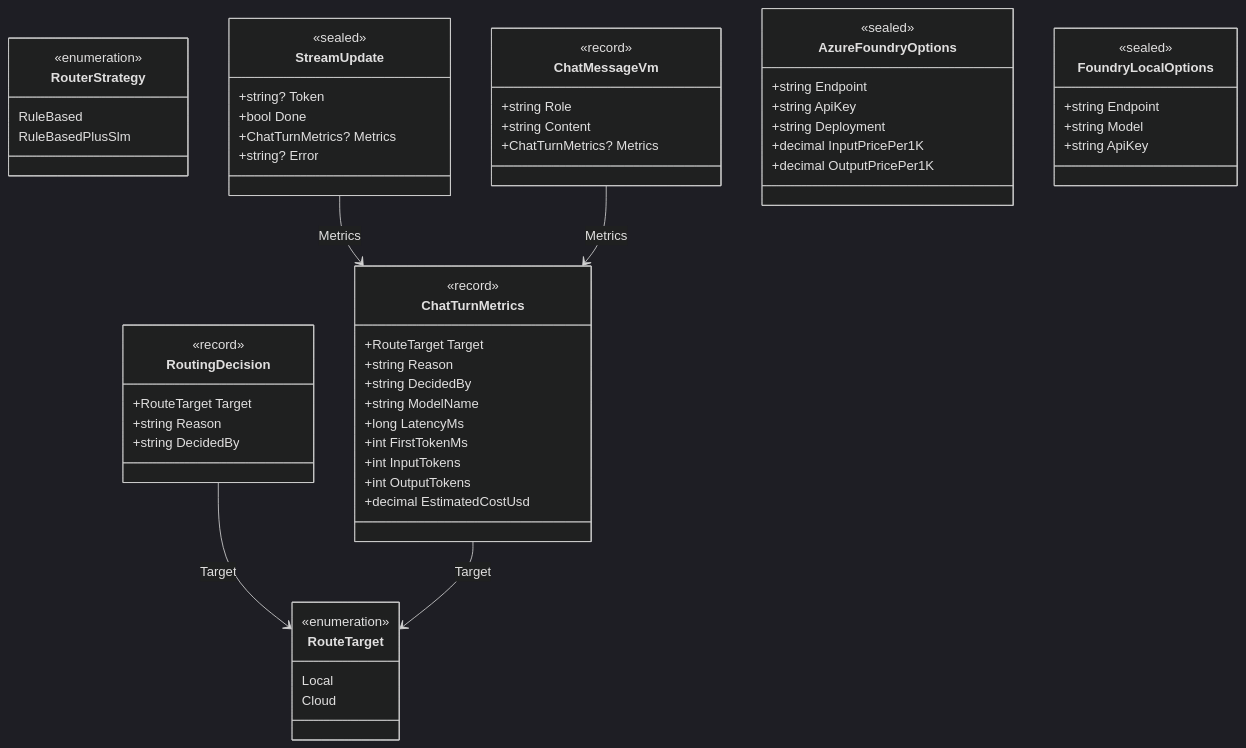
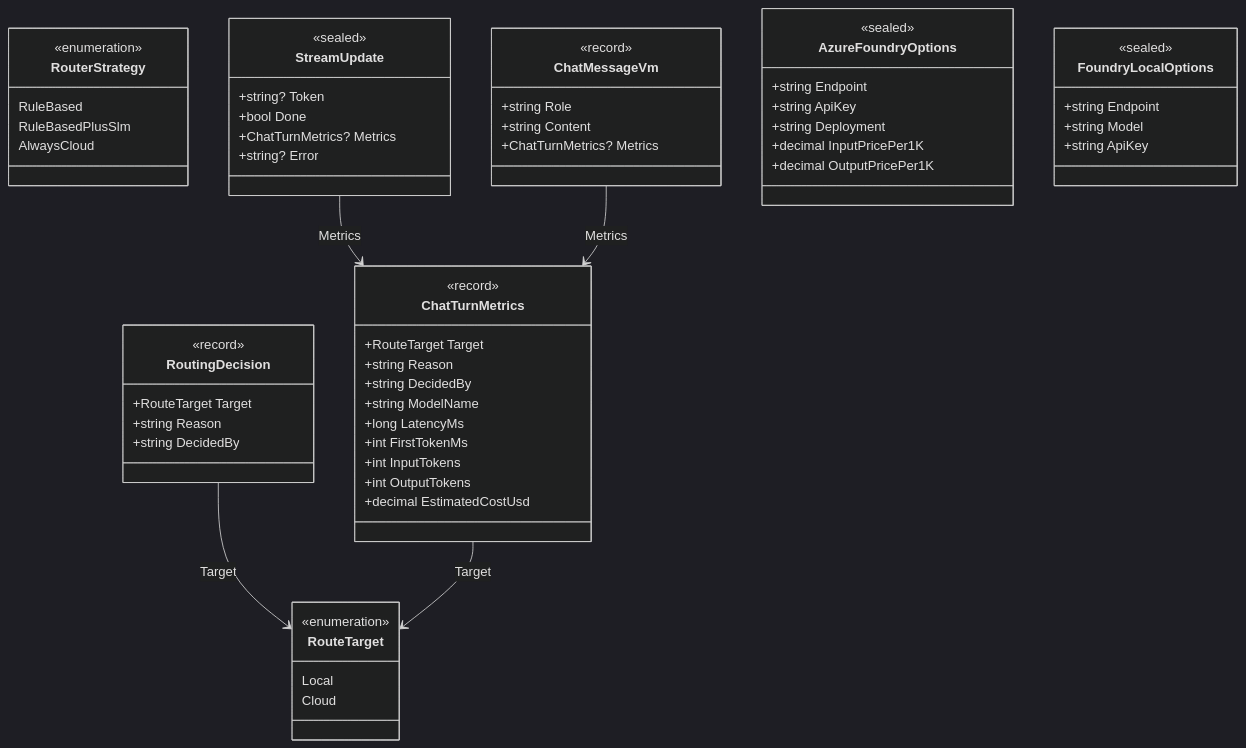
The second of 3 diagrams in src/HybridPingPong.Core/README.md (dpcons/HybridPingPong), drawn with Mermaid (dark theme) before and after one commit. The commit also changed other lines of this file and 4 other files, not shown here.

Commit message:
feat: add AlwaysCloud routing strategy and corresponding router implementation

````diff
--- a/src/HybridPingPong.Core/README.md
+++ b/src/HybridPingPong.Core/README.md
@@ -64,70 +70,71 @@
 ```mermaid
 classDiagram
     class RouteTarget {
         <<enumeration>>
         Local
         Cloud
     }
 
     class RouterStrategy {
         <<enumeration>>
         RuleBased
         RuleBasedPlusSlm
+        AlwaysCloud
     }
 
     class RoutingDecision {
         <<record>>
         +RouteTarget Target
         +string Reason
         +string DecidedBy
     }
 
     class ChatTurnMetrics {
         <<record>>
         +RouteTarget Target
         +string Reason
         +string DecidedBy
         +string ModelName
         +long LatencyMs
         +int FirstTokenMs
         +int InputTokens
         +int OutputTokens
         +decimal EstimatedCostUsd
     }
 
     class StreamUpdate {
         <<sealed>>
         +string? Token
         +bool Done
         +ChatTurnMetrics? Metrics
         +string? Error
     }
 
     class ChatMessageVm {
         <<record>>
         +string Role
         +string Content
         +ChatTurnMetrics? Metrics
     }
 
     class AzureFoundryOptions {
         <<sealed>>
         +string Endpoint
         +string ApiKey
         +string Deployment
         +decimal InputPricePer1K
         +decimal OutputPricePer1K
     }
 
     class FoundryLocalOptions {
         <<sealed>>
         +string Endpoint
         +string Model
         +string ApiKey
     }
 
     RoutingDecision --> RouteTarget : Target
     ChatTurnMetrics --> RouteTarget : Target
     StreamUpdate --> ChatTurnMetrics : Metrics
     ChatMessageVm --> ChatTurnMetrics : Metrics
 ```
````
